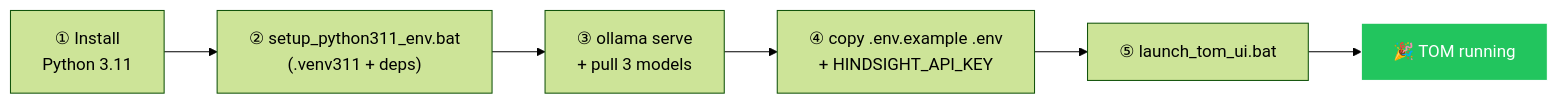
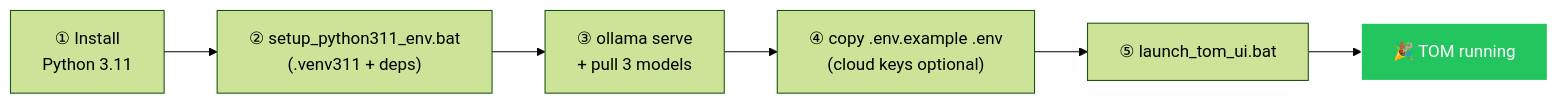
Before and after one commit to Rajeshponnapure/TOM: the third of 6 diagrams in README.md, drawn with Mermaid (forest theme). The commit also changed other lines of this file and 48 other files, not shown here.

````diff
--- a/README.md
+++ b/README.md
@@ -591,10 +592,10 @@
 ```mermaid
 flowchart LR
     A["① Install<br/>Python 3.11"] --> B["② setup_python311_env.bat<br/>(.venv311 + deps)"]
     B --> C["③ ollama serve<br/>+ pull 3 models"]
-    C --> D["④ copy .env.example .env<br/>+ HINDSIGHT_API_KEY"]
+    C --> D["④ copy .env.example .env<br/>(cloud keys optional)"]
     D --> E["⑤ launch_tom_ui.bat"]
     E --> F["🎉 TOM running"]
     classDef done fill:#22C55E,stroke:#fff,color:#fff
     class F done
 ```
````
